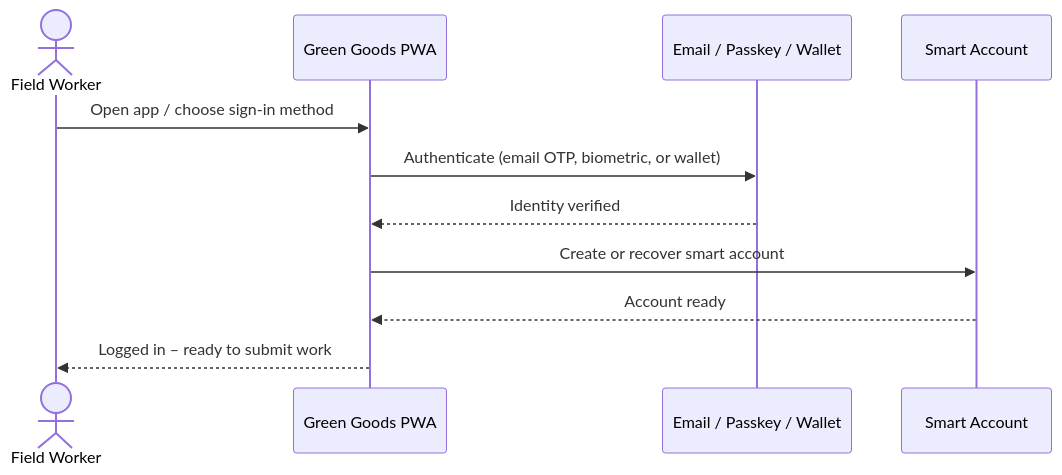
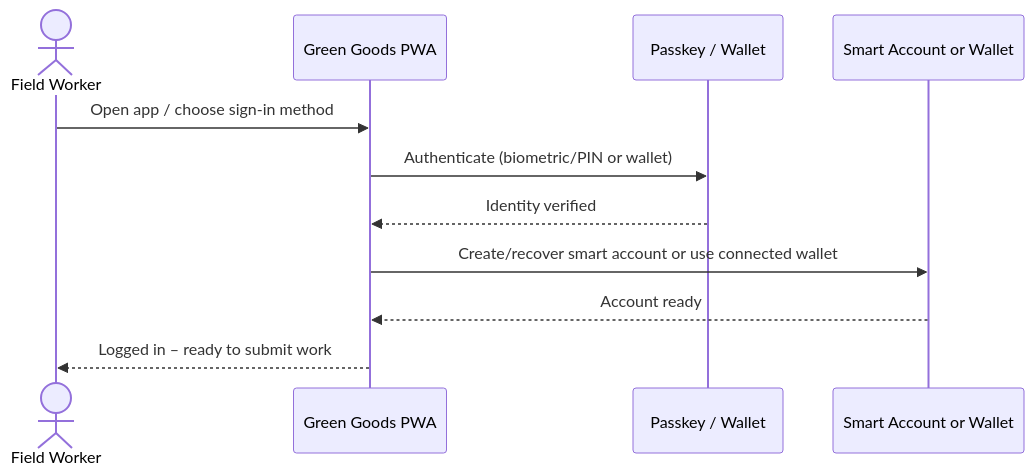
One commit to greenpill-dev-guild/green-goods changed the first of 2 diagrams in docs/docs/community/how-it-works.mdx. Above: the diagram before and after it, drawn with Mermaid. The commit also changed other lines of this file and 291 other files, not shown here.

````diff
--- a/docs/docs/community/how-it-works.mdx
+++ b/docs/docs/community/how-it-works.mdx
@@ -53,14 +52,14 @@
 ```mermaid
 sequenceDiagram
     actor User as Field Worker
     participant App as Green Goods PWA
-    participant Auth as Email / Passkey / Wallet
-    participant SA as Smart Account
+    participant Auth as Passkey / Wallet
+    participant Account as Smart Account or Wallet
 
     User->>App: Open app / choose sign-in method
-    App->>Auth: Authenticate (email OTP, biometric, or wallet)
+    App->>Auth: Authenticate (biometric/PIN or wallet)
     Auth-->>App: Identity verified
-    App->>SA: Create or recover smart account
-    SA-->>App: Account ready
+    App->>Account: Create/recover smart account or use connected wallet
+    Account-->>App: Account ready
     App-->>User: Logged in – ready to submit work
 ```
````
